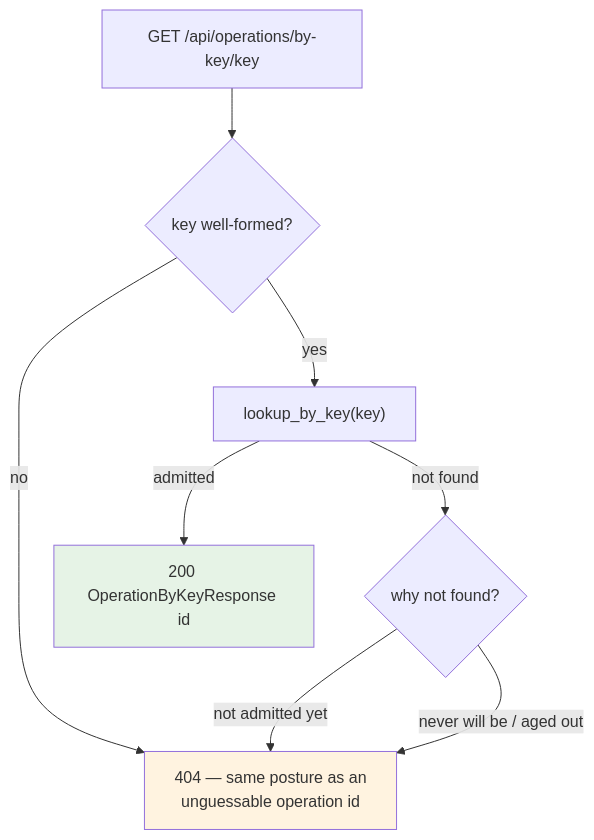
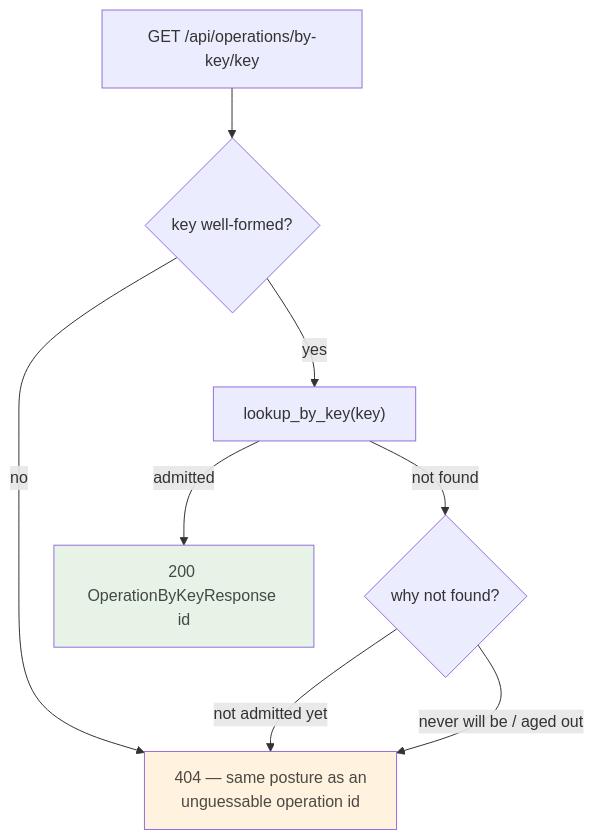
Before and after one commit to tom2025b/git-vista: the third of 3 diagrams in docs/adr/0050-operation-by-key-lookup.md, drawn with Mermaid. The commit also changed 21 other files, not shown here.

````diff
--- a/docs/adr/0050-operation-by-key-lookup.md
+++ b/docs/adr/0050-operation-by-key-lookup.md
@@ -120,12 +120,12 @@
 ```mermaid
 flowchart TD
     A["GET /api/operations/by-key/key"] --> B{"key well-formed?"}
     B -->|no| N["404 — same posture as an<br/>unguessable operation id"]
     B -->|yes| C["lookup_by_key(key)"]
     C -->|admitted| D["200 OperationByKeyResponse id"]
     C -->|not found| E{"why not found?"}
     E -->|"not admitted yet"| N
     E -->|"never will be / aged out"| N
-    style N fill:#fff3e0
-    style D fill:#e6f3e6
+    style N fill:#fff3e0,color:#4c4843
+    style D fill:#e6f3e6,color:#454845
 ```
````
